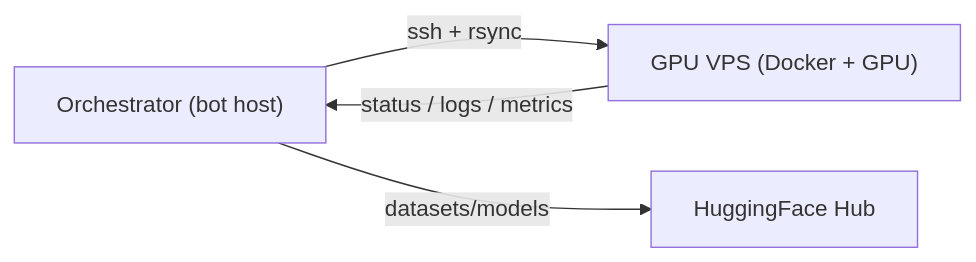
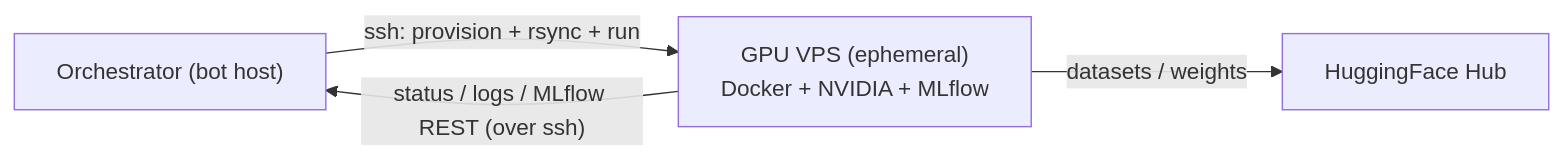
One commit to makhanov-nu/research_agent changed the diagram in docs/experiments.md. Above: the diagram before and after it, drawn with Mermaid. The commit also changed other lines of this file and 13 other files, not shown here.

First line of the commit message:
Wire the GPU experiment runner: ephemeral hosts, provisioning, MLflow, Optuna, Codex coder

````diff
--- a/docs/experiments.md
+++ b/docs/experiments.md
@@ -12,6 +18,6 @@
 ```mermaid
 flowchart LR
-  O["Orchestrator (bot host)"] -- ssh + rsync --> GPU["GPU VPS (Docker + GPU)"]
-  GPU -- status / logs / metrics --> O
-  O -- datasets/models --> HF["HuggingFace Hub"]
+  O["Orchestrator (bot host)"] -- "ssh: provision + rsync + run" --> GPU["GPU VPS (ephemeral)<br/>Docker + NVIDIA + MLflow"]
+  GPU -- "status / logs / MLflow REST (over ssh)" --> O
+  GPU -- "datasets / weights" --> HF["HuggingFace Hub"]
 ```
````
